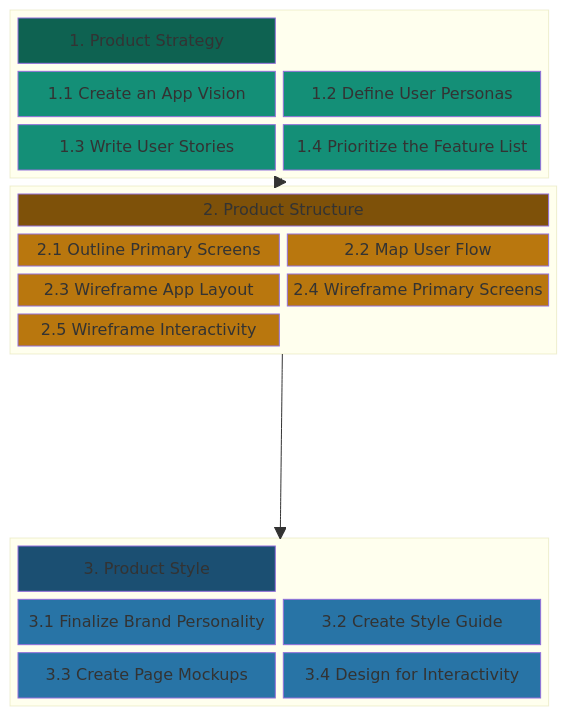
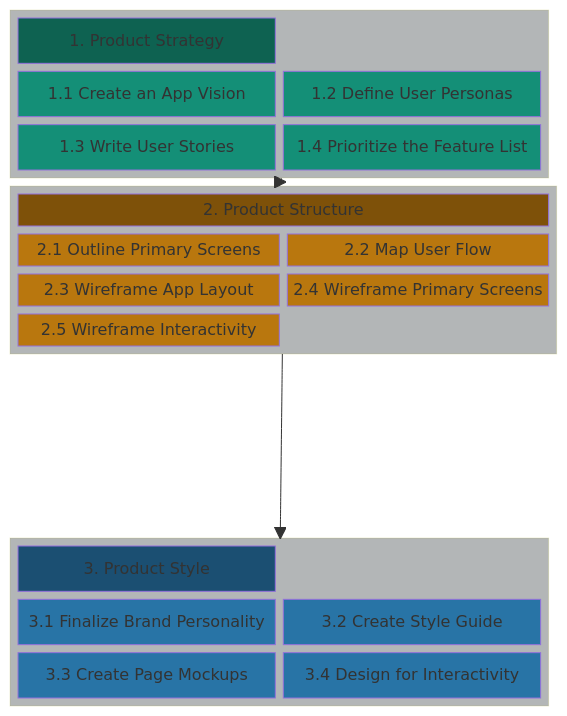
Before and after one commit to chingu-voyages/Handbook: the diagram in docs/resources/techresources/uiux.md, drawn with Mermaid.

Commit message:
Feature: Add UI/UX workflow process template

````diff
--- a/docs/resources/techresources/uiux.md
+++ b/docs/resources/techresources/uiux.md
@@ -15,50 +15,54 @@
 ```mermaid
 block-beta
 columns 1
   block:STRATEGY
     columns 2
     A["1. Product Strategy"]:2
     B["1.1 Create an App Vision"]
     C["1.2 Define User Personas"]
     D["1.3 Write User Stories"]
     E["1.4 Prioritize the Feature List"]
   end
   block:STRUCTURE
     columns 2
     G["2. Product Structure"]:2
     H["2.1 Outline Primary Screens"]
     I["2.2 Map User Flow"]
     J["2.3 Wireframe App Layout"]
     K["2.4 Wireframe Primary Screens"]
     L["2.5 Wireframe Interactivity"]
   end
   STRATEGY --> STRUCTURE
   space
   block:STYLE
     columns 2
     M["3. Product Style"]:2
     N["3.1 Finalize Brand Personality"]
     O["3.2 Create Style Guide"]
     P["3.3 Create Page Mockups"]
     Q["3.4 Design for Interactivity"]
   end
   STRUCTURE --> STYLE
   style A fill:#0e6251
   style B fill:#148f77
   style C fill:#148f77
   style D fill:#148f77
   style E fill:#148f77
 
   style G fill:#7e5109
   style H fill:#b9770e
   style I fill:#b9770e
   style J fill:#b9770e
   style K fill:#b9770e
   style L fill:#b9770e
 
   style M fill:#1b4f72
   style N fill:#2874a6
   style O fill:#2874a6
   style P fill:#2874a6
   style Q fill:#2874a6
+
+  style STRATEGY fill:#b3b6b7
+  style STRUCTURE fill:#b3b6b7
+  style STYLE fill:#b3b6b7
 ```
````
